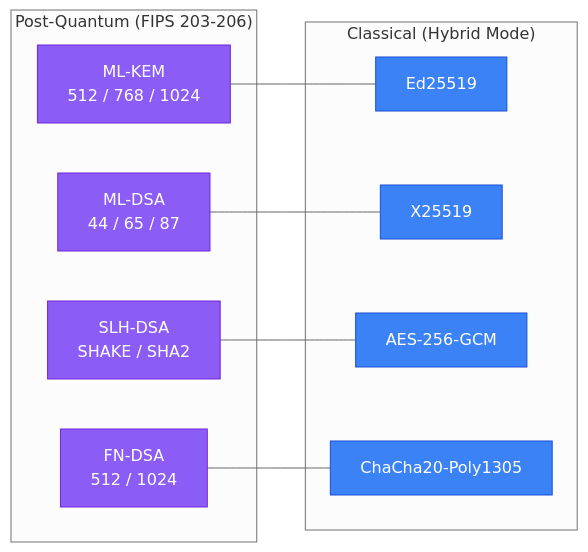
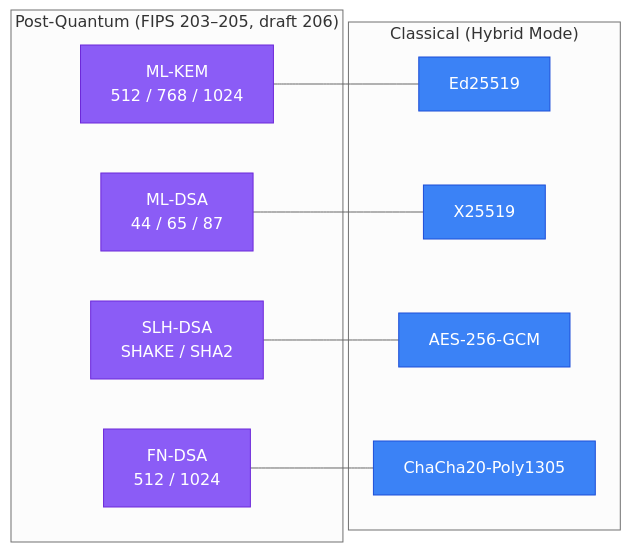
Before and after one commit to LatticeArc/latticearc: the first of 3 diagrams in docs/ALGORITHM_SELECTION.md, drawn with Mermaid (neutral theme). The commit also changed other lines of this file and 73 other files, not shown here.

````diff
--- a/docs/ALGORITHM_SELECTION.md
+++ b/docs/ALGORITHM_SELECTION.md
@@ -23,27 +23,27 @@
 ```mermaid
 flowchart LR
-    subgraph "Post-Quantum (FIPS 203-206)"
+    subgraph "Post-Quantum (FIPS 203–205, draft 206)"
         KEM["ML-KEM\n512 / 768 / 1024"]
         DSA["ML-DSA\n44 / 65 / 87"]
         SLH["SLH-DSA\nSHAKE / SHA2"]
         FN["FN-DSA\n512 / 1024"]
     end
 
     subgraph "Classical (Hybrid Mode)"
         ED[Ed25519]
         X[X25519]
         AES[AES-256-GCM]
         CC[ChaCha20-Poly1305]
     end
 
     KEM --- ED
     DSA --- X
     SLH --- AES
     FN --- CC
 
     classDef pq fill:#8b5cf6,stroke:#6d28d9,color:#fff
     classDef cl fill:#3b82f6,stroke:#1d4ed8,color:#fff
 
     class KEM,DSA,SLH,FN pq
     class ED,X,AES,CC cl
 ```
````
